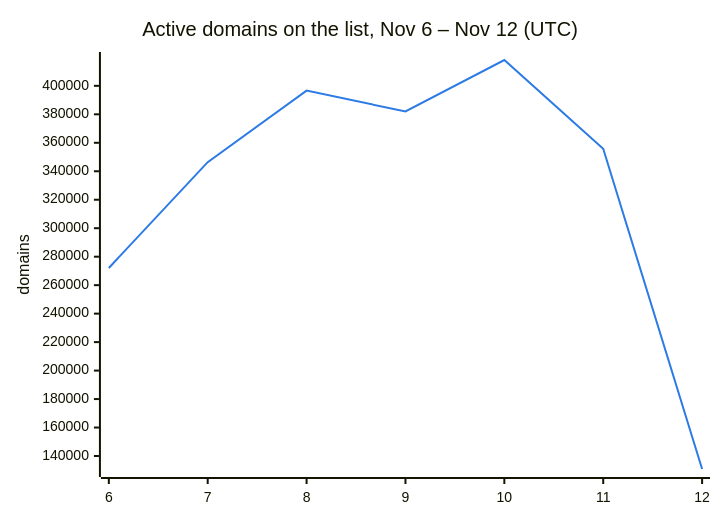
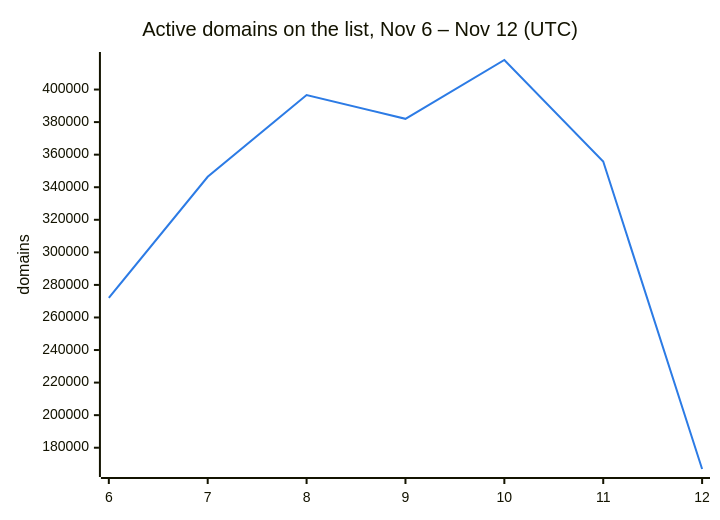
Before and after one commit to DNSBunker/CTI: the second of 3 diagrams in README.md, drawn with Mermaid. The commit also changed other lines of this file and 3 other files, not shown here.

````diff
--- a/README.md
+++ b/README.md
@@ -38,8 +38,8 @@
 ```mermaid
 %%{init: {"themeVariables": {"xyChart": {"plotColorPalette": "#2c7be5"}}}}%%
 xychart-beta
     title "Active domains on the list, Nov 6 – Nov 12 (UTC)"
     x-axis ["6", "7", "8", "9", "10", "11", "12"]
     y-axis "domains"
-    line [272088, 346388, 396638, 382009, 418143, 355765, 130878]
+    line [272088, 346388, 396638, 382009, 418143, 355765, 166929]
 ```
````
